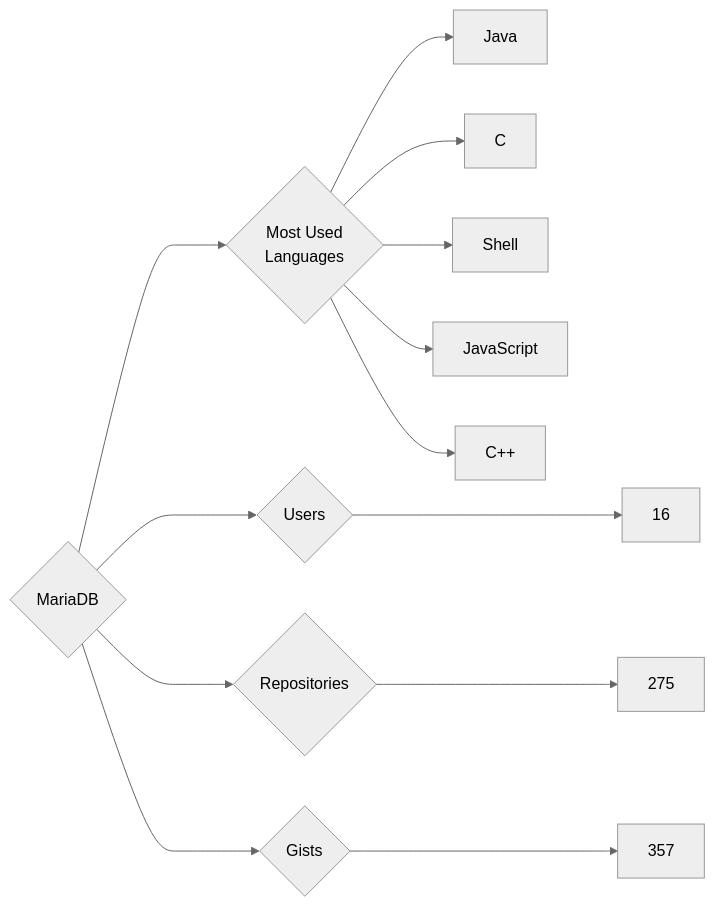
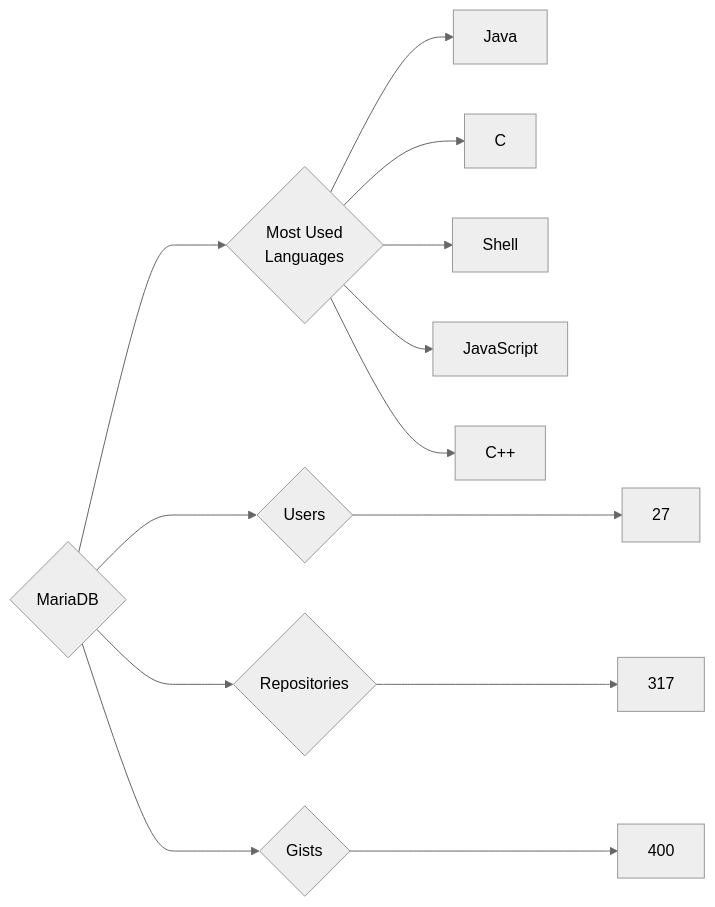
Before and after one commit to trickest/insiders: the diagram in targets/MariaDB/README.md, drawn with Mermaid (neutral theme). The commit also changed 773 other files, not shown here.

````diff
--- a/targets/MariaDB/README.md
+++ b/targets/MariaDB/README.md
@@ -3,13 +3,13 @@
 ```mermaid
 graph LR
 COMPANY_NAME{MariaDB}
-COMPANY_NAME ---> U{Users} ---> UN[16]
-COMPANY_NAME ---> R{Repositories} ---> RN[275]
-COMPANY_NAME ---> G{Gists} ---> GN[357]
+COMPANY_NAME ---> U{Users} ---> UN[27]
+COMPANY_NAME ---> R{Repositories} ---> RN[317]
+COMPANY_NAME ---> G{Gists} ---> GN[400]
 COMPANY_NAME ---> ML{Most Used<br>Languages}
 ML --> Java[Java]
 ML --> C[C]
 ML --> Shell[Shell]
 ML --> JavaScript[JavaScript]
 ML --> C++[C++]
 ```
````
